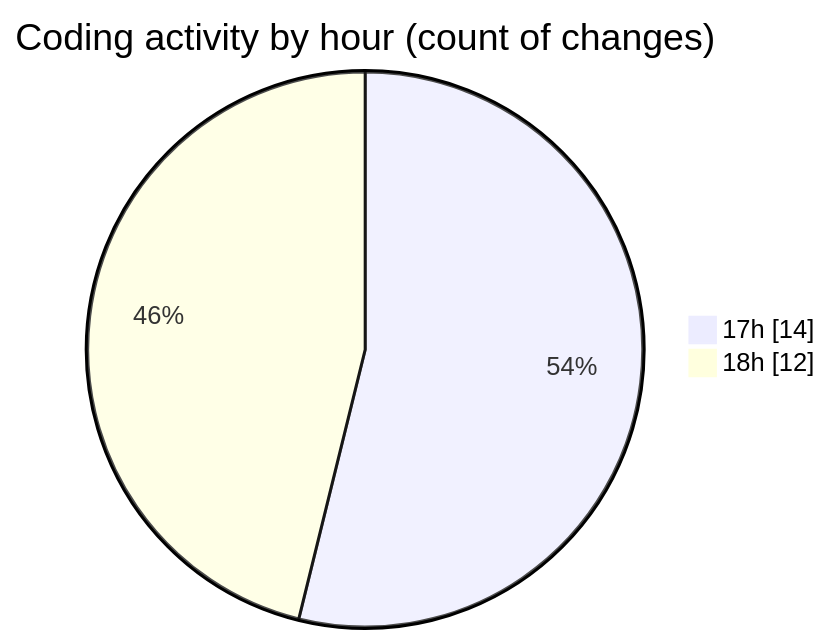
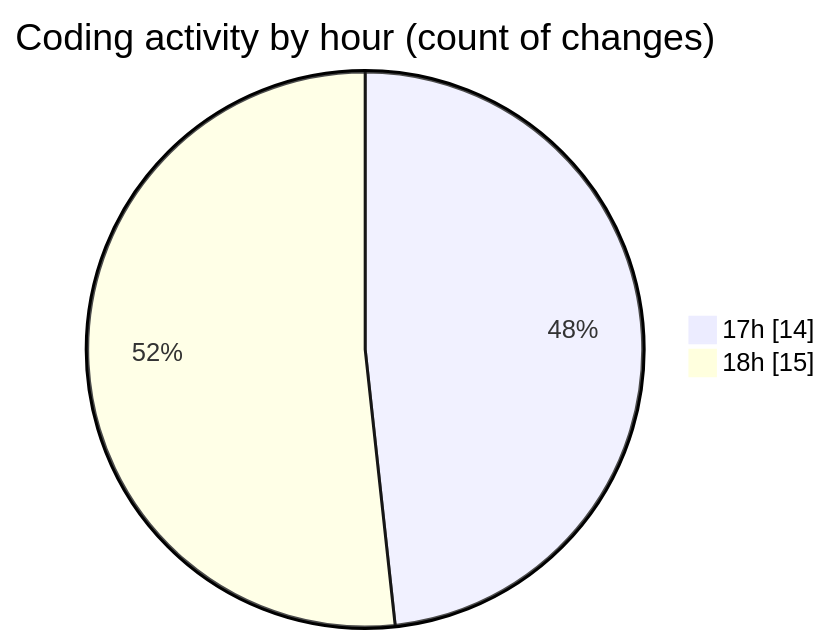
Before and after one commit to idhammustaqopulfikri/code-tracking: the second of 2 diagrams in 2025-10-05/lapangan-futsal/README.md, drawn with Mermaid. The commit also changed other lines of this file and 1 other file, not shown here.

````diff
--- a/2025-10-05/lapangan-futsal/README.md
+++ b/2025-10-05/lapangan-futsal/README.md
@@ -45,6 +48,6 @@
 ```mermaid
 pie showData
 title Coding activity by hour (count of changes)
 "17h" : 14
-"18h" : 12
+"18h" : 15
 ```
````
